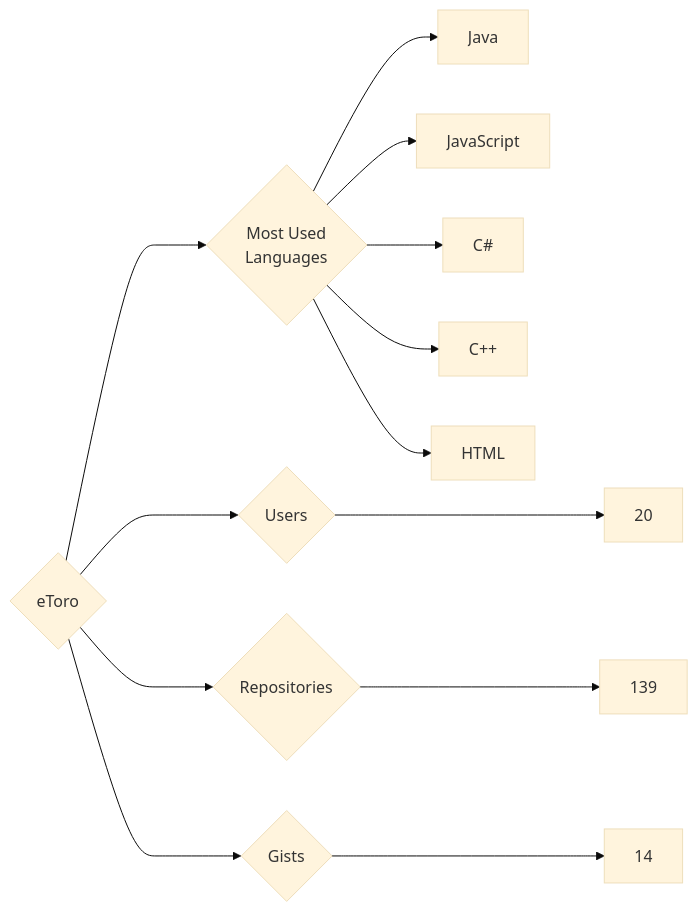
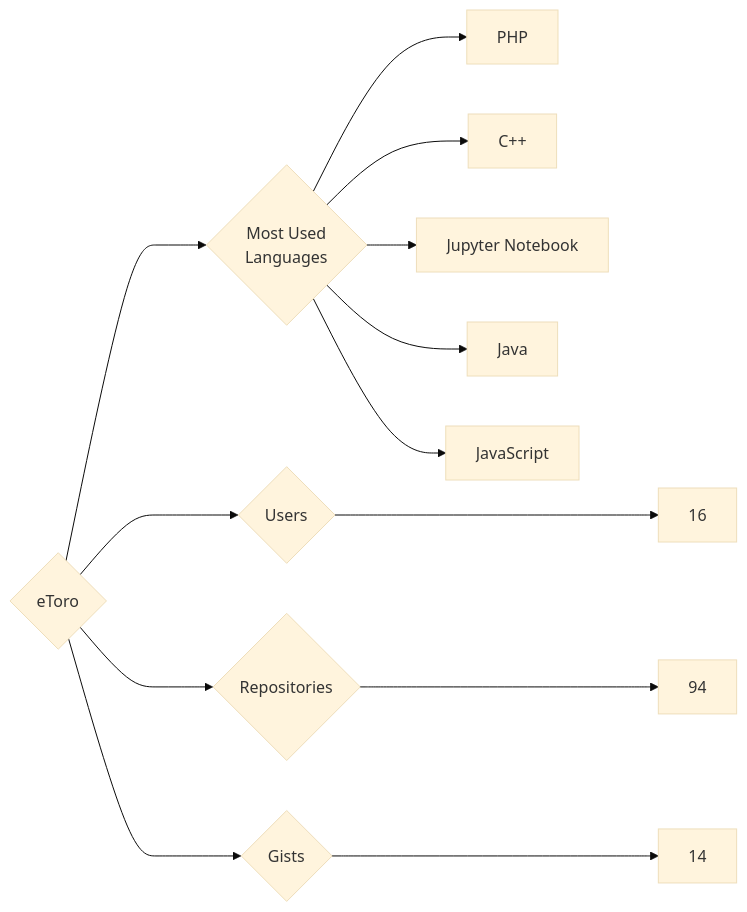
Before and after one commit to trickest/insiders: the diagram in targets/eToro/README.md, drawn with Mermaid (base theme). The commit also changed 770 other files, not shown here.

````diff
--- a/targets/eToro/README.md
+++ b/targets/eToro/README.md
@@ -3,13 +3,13 @@
 ```mermaid
 graph LR
 COMPANY_NAME{eToro}
-COMPANY_NAME ---> U{Users} ---> UN[20]
-COMPANY_NAME ---> R{Repositories} ---> RN[139]
+COMPANY_NAME ---> U{Users} ---> UN[16]
+COMPANY_NAME ---> R{Repositories} ---> RN[94]
 COMPANY_NAME ---> G{Gists} ---> GN[14]
 COMPANY_NAME ---> ML{Most Used<br>Languages}
+ML --> PHP[PHP]
+ML --> C++[C++]
+ML --> Jupyter_Notebook[Jupyter Notebook]
 ML --> Java[Java]
 ML --> JavaScript[JavaScript]
-ML --> C#[C#]
-ML --> C++[C++]
-ML --> HTML[HTML]
 ```
````
